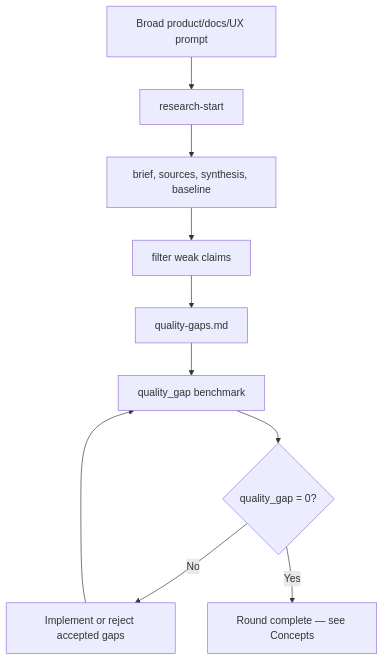
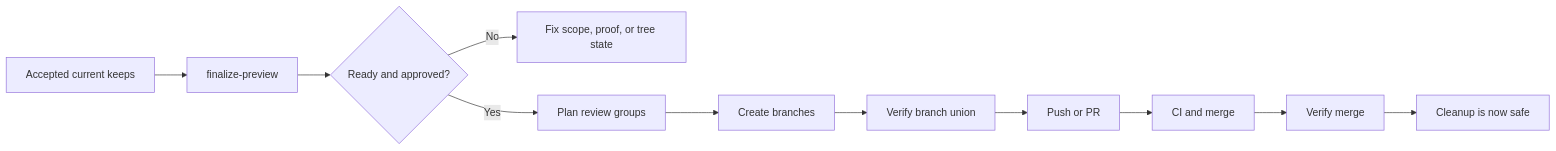
Before and after one commit to TheGreenCedar/codex-autoresearch: the fourth of 4 diagrams in plugins/codex-autoresearch/docs/workflows.md, drawn with Mermaid. The commit also changed other lines of this file and 98 other files, not shown here.

````diff
--- a/plugins/codex-autoresearch/docs/workflows.md
+++ b/plugins/codex-autoresearch/docs/workflows.md
@@ -84,12 +64,13 @@
 ```mermaid
-flowchart TD
-  A["Broad product/docs/UX prompt"] --> B["research-start"]
-  B --> C["brief, sources, synthesis, baseline"]
-  C --> D["filter weak claims"]
-  D --> E["quality-gaps.md"]
-  E --> F["quality_gap benchmark"]
-  F --> G{"quality_gap = 0?"}
-  G -- "No" --> H["Implement or reject accepted gaps"]
-  H --> F
-  G -- "Yes" --> I["Round complete — see Concepts"]
+flowchart LR
+  A["Accepted current keeps"] --> B["finalize-preview"]
+  B --> C{"Ready and approved?"}
+  C -- "No" --> D["Fix scope, proof, or tree state"]
+  C -- "Yes" --> E["Plan review groups"]
+  E --> F["Create branches"]
+  F --> G["Verify branch union"]
+  G --> H["Push or PR"]
+  H --> I["CI and merge"]
+  I --> J["Verify merge"]
+  J --> K["Cleanup is now safe"]
 ```
````
